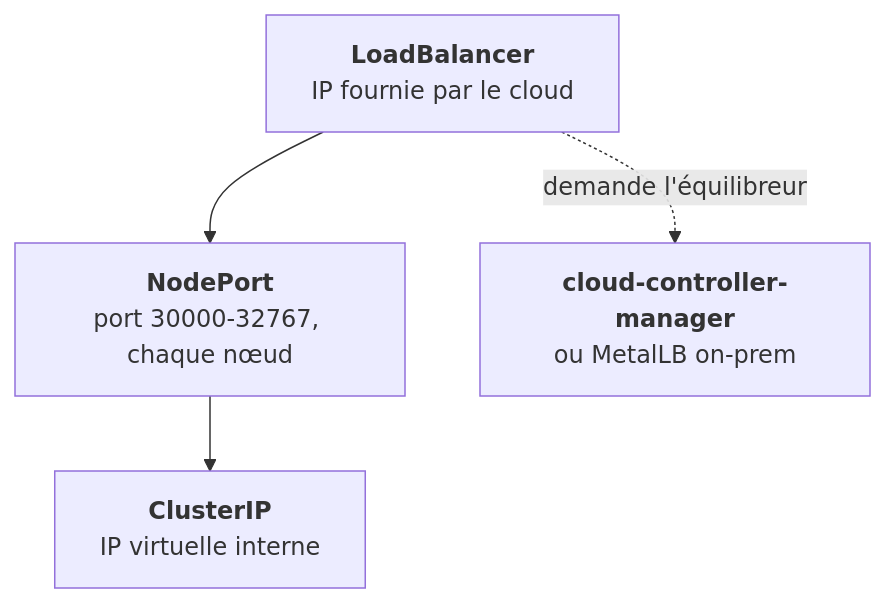
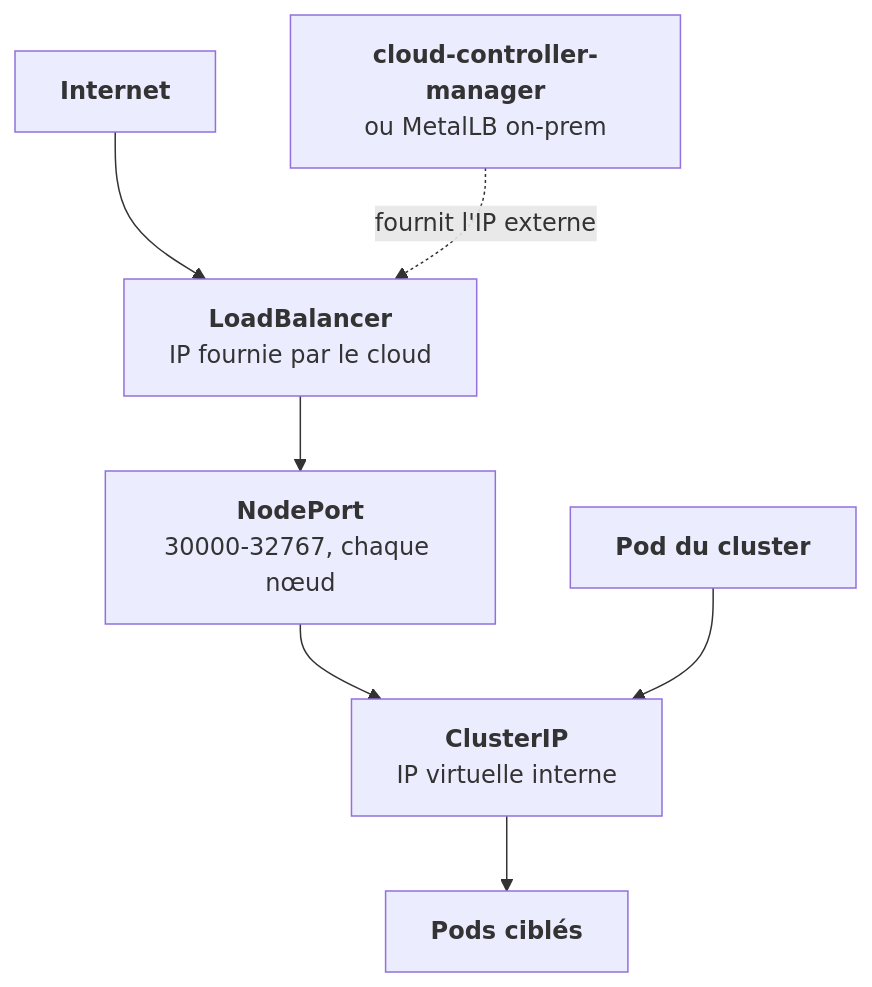
Before and after one commit to valhugnat1/cours-kube: the diagram in src/content/lecons/04-reseau/03-types-service.mdx, drawn with Mermaid. The commit also changed other lines of this file and 22 other files, not shown here.

````diff
--- a/src/content/lecons/04-reseau/03-types-service.mdx
+++ b/src/content/lecons/04-reseau/03-types-service.mdx
@@ -37,10 +43,13 @@
 ```mermaid
 flowchart TD
-  %% scene: ClusterIP :: Le défaut : une IP virtuelle joignable seulement depuis l'intérieur du cluster. :: CIP
-  %% scene: NodePort :: Ajoute un port de 30000 à 32767 ouvert sur chaque nœud, qui mène à la ClusterIP. :: NP, NP>CIP
-  %% scene: LoadBalancer :: Ajoute un équilibreur externe, demandé au cloud-controller-manager, qui vise les NodePorts. :: LB, LB>NP, NP>CIP
-  %% scene: Personne pour fournir :: On-prem sans MetalLB ou équivalent, la demande reste sans réponse : `EXTERNAL-IP` en `pending` pour toujours. :: !CCM, !LB>CCM
-  LB["<b>LoadBalancer</b><br/>IP fournie par le cloud"] --> NP["<b>NodePort</b><br/>port 30000-32767, chaque nœud"]
-  NP --> CIP["<b>ClusterIP</b><br/>IP virtuelle interne"]
-  LB -.->|"demande l'équilibreur"| CCM["<b>cloud-controller-manager</b><br/>ou MetalLB on-prem"]
+  %% scene: ClusterIP :: Le défaut : une IP virtuelle joignable seulement depuis l'intérieur du cluster. Le numéro interne. :: INT, INT>CIP, CIP, CIP>POD, POD
+  %% scene: NodePort :: Ajoute un port de 30000 à 32767 ouvert sur chaque nœud, qui mène à la ClusterIP. :: NP, NP>CIP, CIP
+  %% scene: LoadBalancer :: Ajoute un équilibreur externe, demandé au cloud-controller-manager, qui vise les NodePorts. :: EXT, EXT>LB, LB, LB>NP, NP>CIP, CCM, CCM>LB
+  %% scene: Personne pour fournir :: On-prem sans MetalLB ou équivalent, la demande reste sans réponse : `EXTERNAL-IP` en `pending` pour toujours. :: !CCM, !LB>CCM, !LB
+  EXT["<b>Internet</b>"]:::ext --> LB["<b>LoadBalancer</b><br/>IP fournie par le cloud"]:::regle
+  LB --> NP["<b>NodePort</b><br/>30000-32767, chaque nœud"]:::regle
+  NP --> CIP["<b>ClusterIP</b><br/>IP virtuelle interne"]:::regle
+  INT["<b>Pod du cluster</b>"]:::ext --> CIP
+  CIP --> POD["<b>Pods ciblés</b>"]:::cible
+  CCM["<b>cloud-controller-manager</b><br/>ou MetalLB on-prem"]:::moteur -.->|"fournit l'IP externe"| LB
 ```
````
